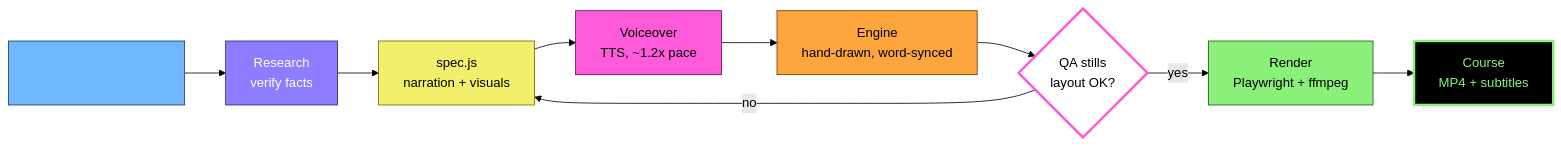
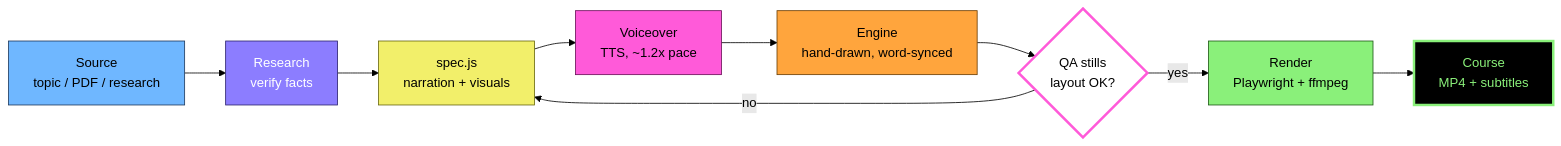
The diagram in README.md (olatzbeitia-me/Agent-skills), drawn with Mermaid (forest theme) before and after one commit.

Commit message:
Fix color definition for src class in README

````diff
--- a/README.md
+++ b/README.md
@@ -11,20 +11,20 @@
 ```mermaid
 flowchart LR
     A["Source<br/>topic / PDF / research"]:::src --> B["Research<br/>verify facts"]:::research
     B --> C["spec.js<br/>narration + visuals"]:::spec
     C --> D["Voiceover<br/>TTS, ~1.2x pace"]:::voice
     D --> E["Engine<br/>hand-drawn, word-synced"]:::engine
     E --> F{"QA stills<br/>layout OK?"}:::qa
     F -- no --> C
     F -- yes --> G["Render<br/>Playwright + ffmpeg"]:::render
     G --> H["Course<br/>MP4 + subtitles"]:::out
 
-    classDef src fill:#6fb7ff,stroke:#1e3a5f,color:#0000
+    classDef src fill:#6fb7ff,stroke:#1e3a5f,color:#000
     classDef research fill:#8c7dff,stroke:#2e2470,color:#fff
     classDef spec fill:#f2ef6a,stroke:#6b6a10,color:#000
     classDef voice fill:#ff5ad9,stroke:#6b1059,color:#000
     classDef engine fill:#ffa53d,stroke:#6b3f05,color:#000
     classDef qa fill:#ffffff,stroke:#ff5ad9,stroke-width:3px,color:#000
     classDef render fill:#8af07a,stroke:#1f5a17,color:#000
     classDef out fill:#000000,stroke:#8af07a,stroke-width:3px,color:#8af07a
 ```
````
